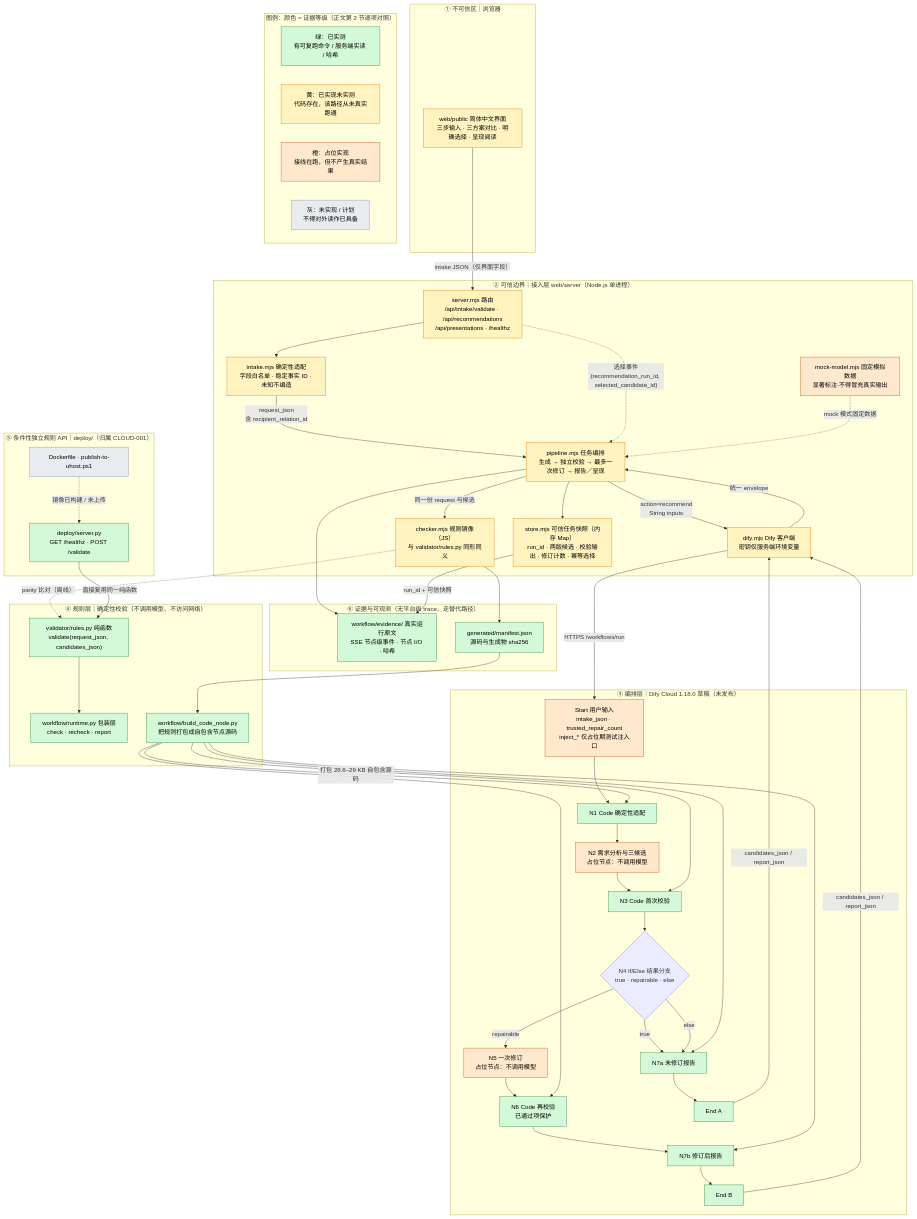
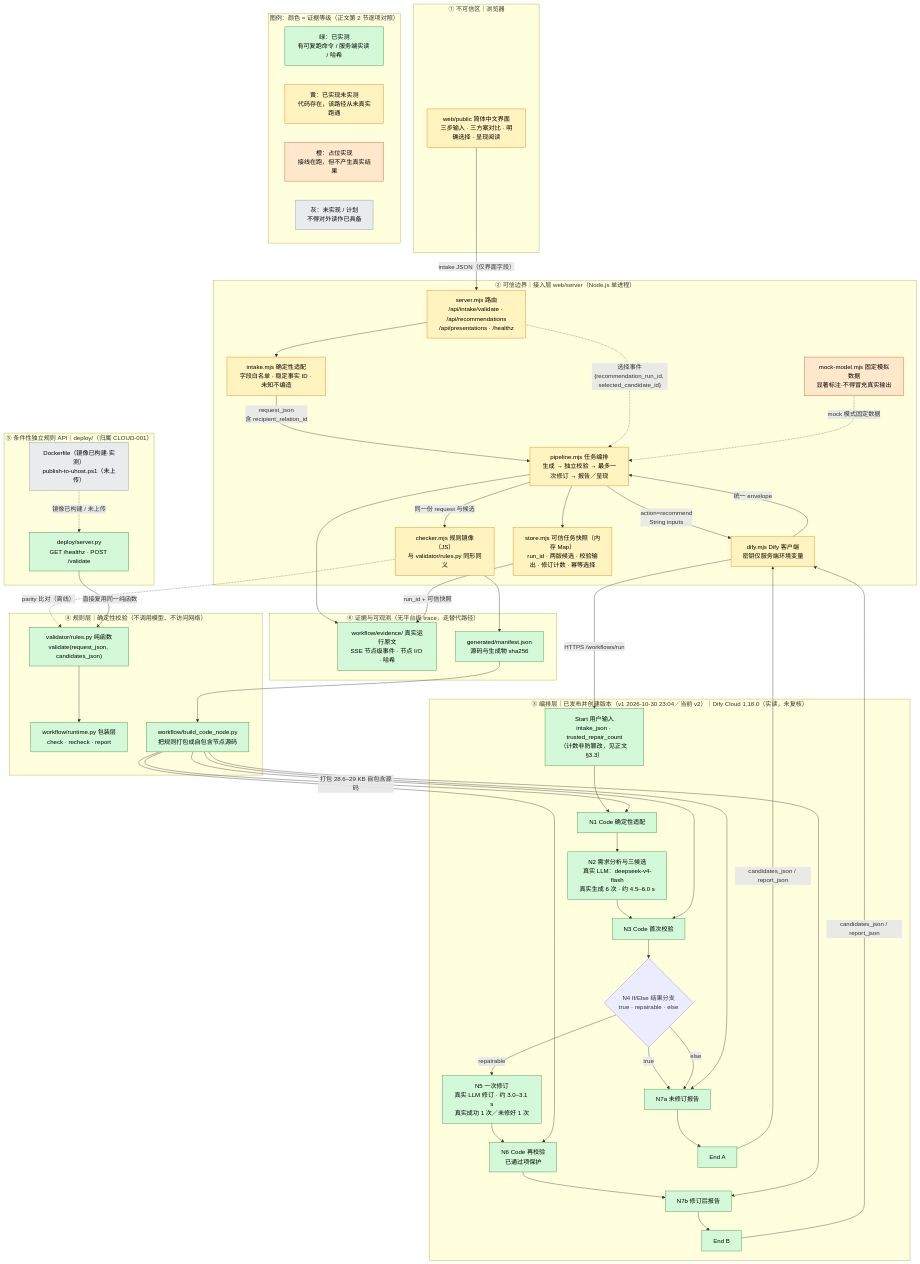
The first of 2 diagrams in docs/architecture.md (sunnyyang0822-stack/GiftWise-AI), drawn with Mermaid before and after one commit. The commit also changed other lines of this file and 1510 other files, not shown here.

```diff
--- a/docs/architecture.md
+++ b/docs/architecture.md
@@ -95,13 +99,13 @@
         MOCK["mock-model.mjs 固定模拟数据<br/>显著标注·不得冒充真实输出"]
     end
 
-    subgraph Z3["③ 编排层｜Dify Cloud 1.18.0 草稿（未发布）"]
-        START["Start 用户输入<br/>intake_json · trusted_repair_count<br/>inject_* 仅占位期测试注入口"]
+    subgraph Z3["③ 编排层｜已发布并创建版本（v1 2026-10-30 23:04／当前 v2）｜Dify Cloud 1.18.0（实读，未复核）"]
+        START["Start 用户输入<br/>intake_json · trusted_repair_count<br/>（计数非防篡改，见正文 §3.3）"]
         N1["N1 Code 确定性适配"]
-        N2["N2 需求分析与三候选<br/>占位节点：不调用模型"]
+        N2["N2 需求分析与三候选<br/>真实 LLM：deepseek-v4-flash<br/>真实生成 6 次 · 约 4.5–6.0 s"]
         N3["N3 Code 首次校验"]
         N4{"N4 If/Else 结果分支<br/>true · repairable · else"}
-        N5["N5 一次修订<br/>占位节点：不调用模型"]
+        N5["N5 一次修订<br/>真实 LLM 修订 · 约 3.0–3.1 s<br/>真实成功 1 次／未修好 1 次"]
         N6["N6 Code 再校验<br/>已通过项保护"]
         N7A["N7a 未修订报告"]
         N7B["N7b 修订后报告"]
@@ -117,7 +121,7 @@
 
     subgraph Z5["⑤ 条件性独立规则 API｜deploy/（归属 CLOUD-001）"]
         SRV["deploy/server.py<br/>GET /healthz · POST /validate"]
-        DOCKER["Dockerfile · publish-to-uhost.ps1"]
+        DOCKER["Dockerfile（镜像已构建·实测）<br/>publish-to-uhost.ps1（未上传）"]
     end
 
     subgraph Z6["⑥ 证据与可观测（无平台级 trace，走替代路径）"]
@@ -167,9 +171,9 @@
     classDef placeholder fill:#ffe8cc,stroke:#d9480f,color:#000
     classDef planned fill:#e9ecef,stroke:#868e96,color:#000
 
-    class RULES,RUNTIME,BUILD,N1,N3,N6,N7A,N7B,EA,EB,HASH,EVID,SRV measured
+    class RULES,RUNTIME,BUILD,N1,N2,N3,N5,N6,N7A,N7B,EA,EB,HASH,EVID,SRV,START measured
     class ROUTE,ADAPTER,PIPE,STORE,JCHK,DCLIENT,UI unverified
-    class START,N2,N5,MOCK placeholder
+    class MOCK placeholder
     class DOCKER planned
     class L_MEASURED measured
     class L_UNVERIFIED unverified
```
